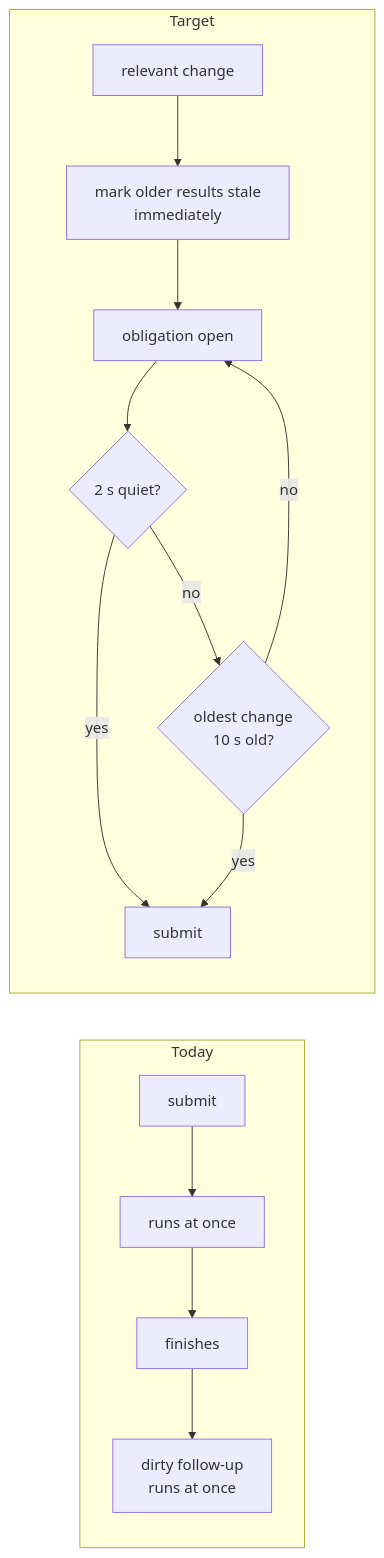
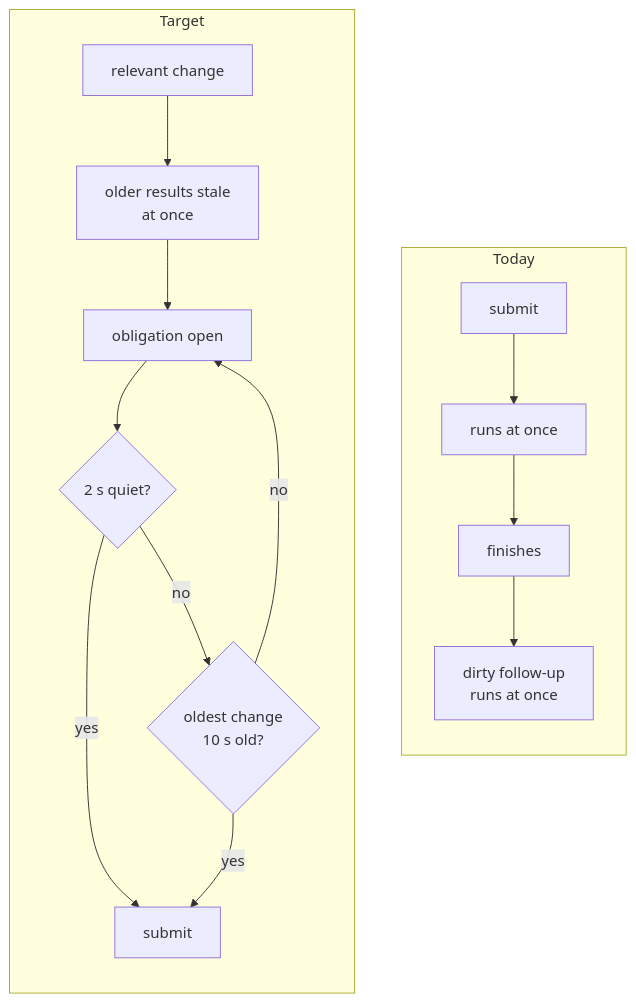
Before and after one commit to getagentstudio/agentstudio: the fourth of 7 diagrams in docs/specs/2026-11-04-fsevents-overload/2026-11-04-fsevents-overload-program-design.md, drawn with Mermaid. The commit also changed other lines of this file and 2 other files, not shown here.

Commit message:
docs(specs): fit wide diagrams to the page canvas; split entity map

````diff
--- a/docs/specs/2026-11-04-fsevents-overload/2026-11-04-fsevents-overload-program-design.md
+++ b/docs/specs/2026-11-04-fsevents-overload/2026-11-04-fsevents-overload-program-design.md
@@ -60,14 +59,16 @@
 ```mermaid
-flowchart LR
+flowchart TD
   subgraph today3["Today"]
+    direction TB
     c1["submit"] --> c2["runs at once"] --> c3["finishes"] --> c4["dirty follow-up<br/>runs at once"]
   end
   subgraph target3["Target"]
-    d0["relevant change"] --> d5["mark older results stale<br/>immediately"] --> d1["obligation open"]
+    direction TB
+    d0["relevant change"] --> d5["older results stale<br/>at once"] --> d1["obligation open"]
     d1 --> d2{"2 s quiet?"}
     d2 -->|yes| d4["submit"]
     d2 -->|no| d3{"oldest change<br/>10 s old?"}
     d3 -->|yes| d4
     d3 -->|no| d1
   end
 ```
````
